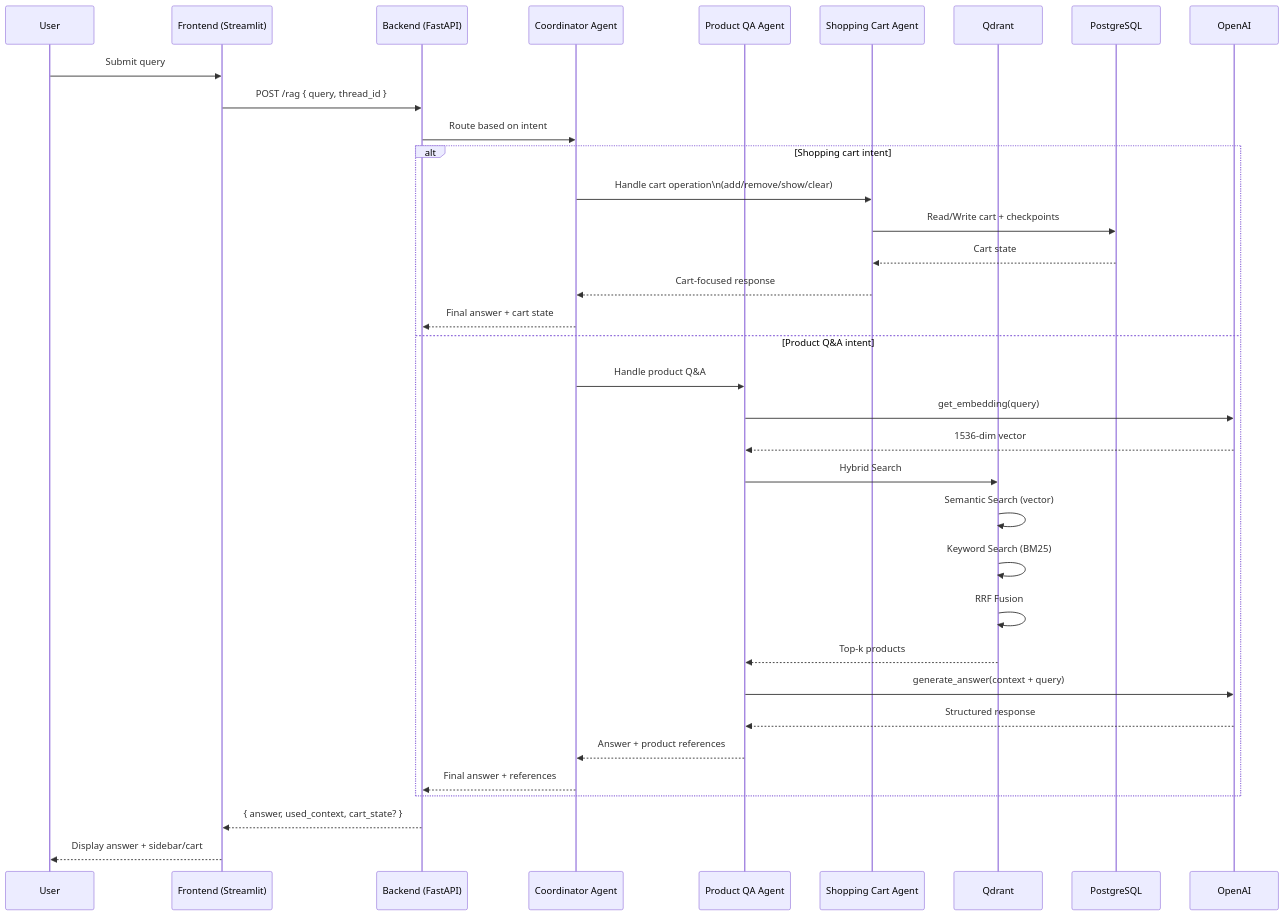
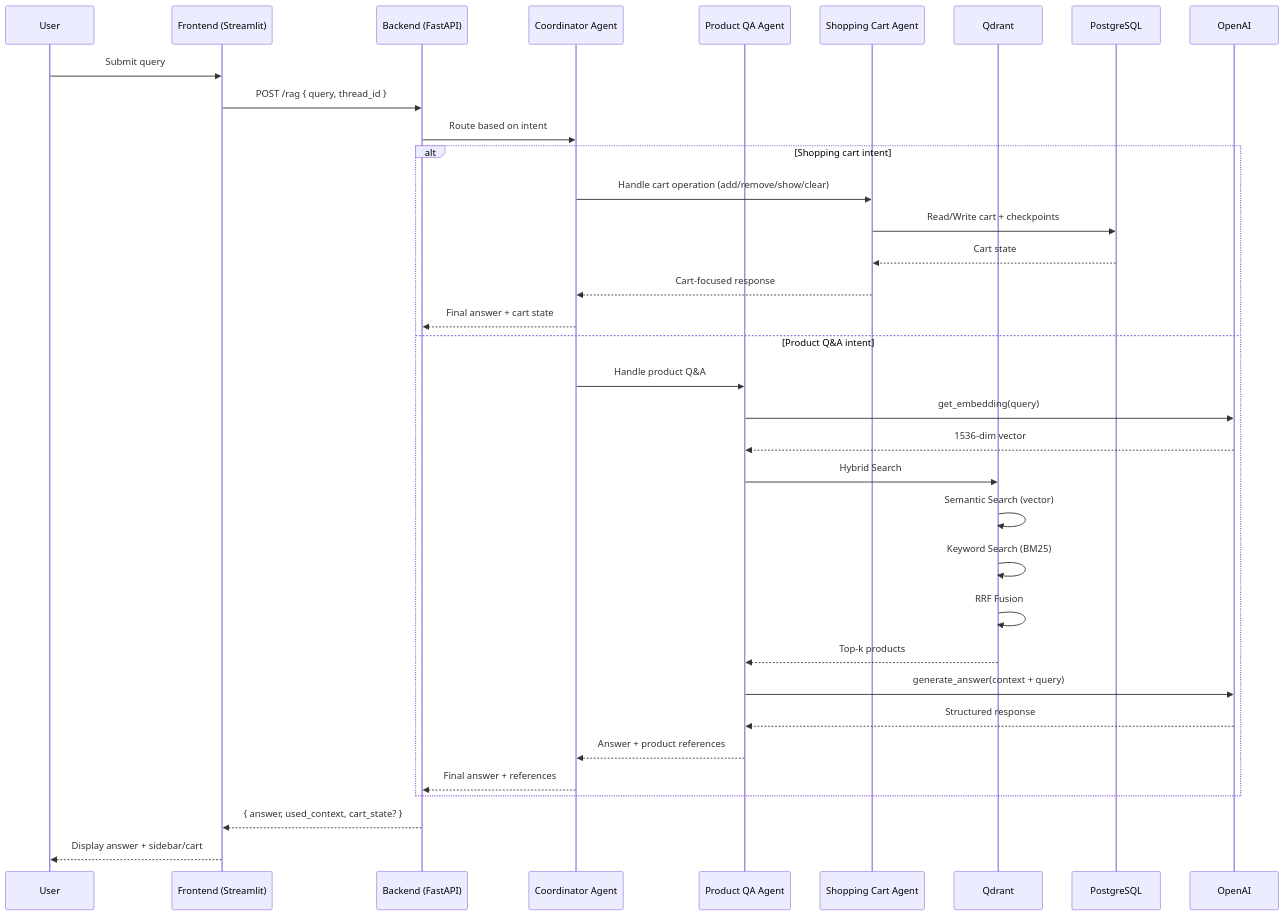
One commit to pr-bansod/AI-Powered-Amazon-Product-Assistant changed the third of 3 diagrams in README.md. Above: the diagram before and after it, drawn with Mermaid. The commit also changed other lines of this file, not shown here.

````diff
--- a/README.md
+++ b/README.md
@@ -389,41 +389,41 @@
 ```mermaid
 sequenceDiagram
     participant User
     participant Frontend as Frontend (Streamlit)
     participant Backend as Backend (FastAPI)
     participant Coord as Coordinator Agent
     participant QA as Product QA Agent
     participant Cart as Shopping Cart Agent
     participant Qdrant
     participant PG as PostgreSQL
     participant OpenAI
 
     User->>Frontend: Submit query
     Frontend->>Backend: POST /rag { query, thread_id }
 
     Backend->>Coord: Route based on intent
 
     alt Shopping cart intent
-        Coord->>Cart: Handle cart operation\n(add/remove/show/clear)
+        Coord->>Cart: Handle cart operation (add/remove/show/clear)
         Cart->>PG: Read/Write cart + checkpoints
         PG-->>Cart: Cart state
         Cart-->>Coord: Cart-focused response
         Coord-->>Backend: Final answer + cart state
     else Product Q&A intent
         Coord->>QA: Handle product Q&A
         QA->>OpenAI: get_embedding(query)
         OpenAI-->>QA: 1536-dim vector
         QA->>Qdrant: Hybrid Search
         Qdrant->>Qdrant: Semantic Search (vector)
         Qdrant->>Qdrant: Keyword Search (BM25)
         Qdrant->>Qdrant: RRF Fusion
         Qdrant-->>QA: Top-k products
         QA->>OpenAI: generate_answer(context + query)
         OpenAI-->>QA: Structured response
         QA-->>Coord: Answer + product references
         Coord-->>Backend: Final answer + references
     end
 
     Backend-->>Frontend: { answer, used_context, cart_state? }
     Frontend-->>User: Display answer + sidebar/cart
 ```
````
